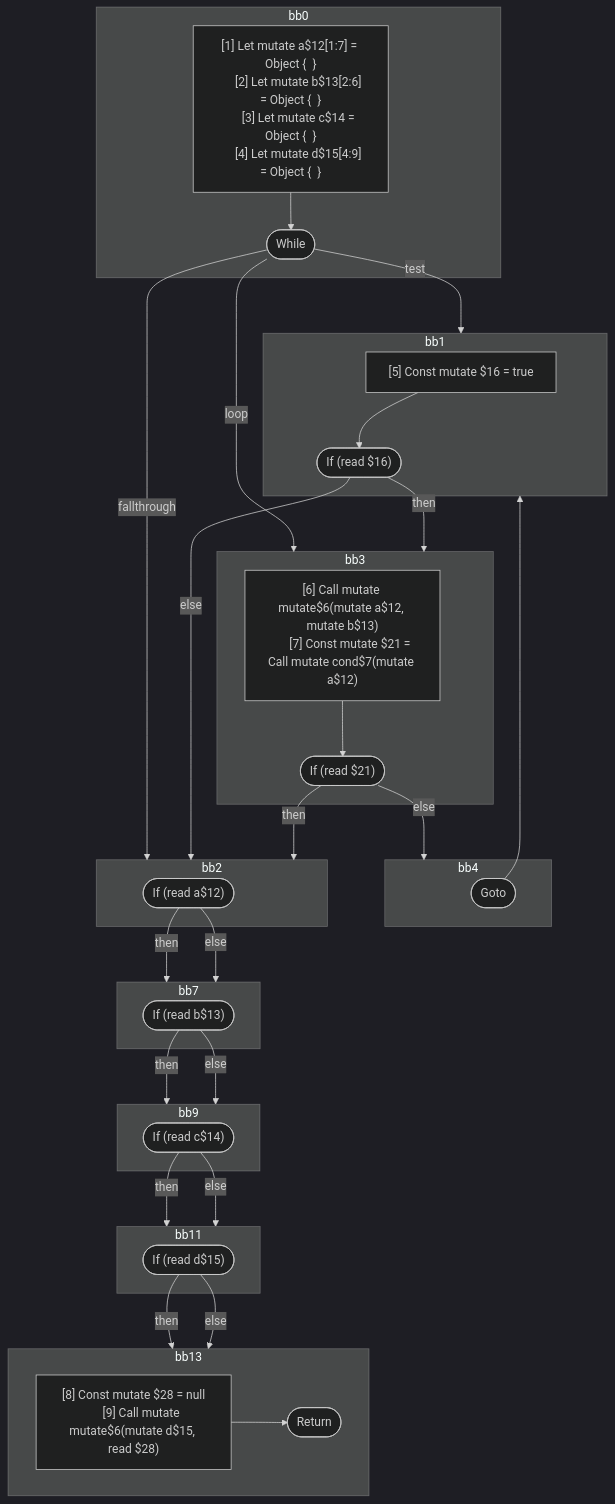
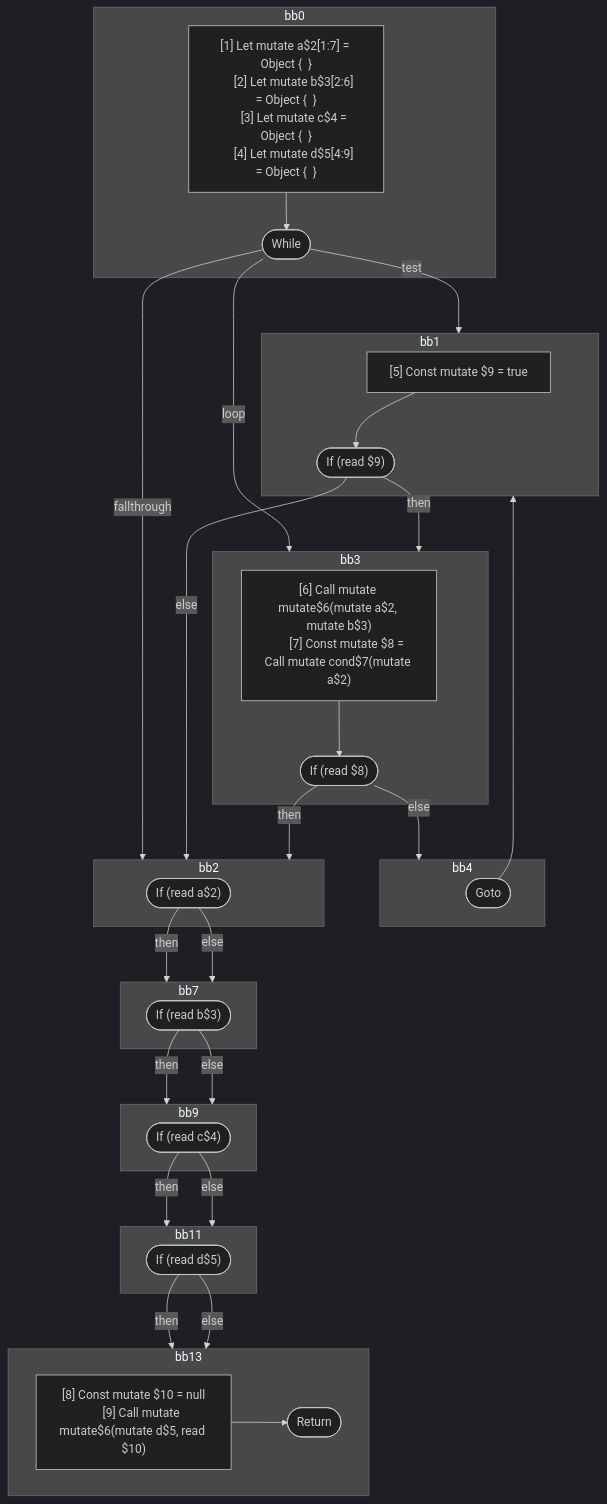
The third of 3 diagrams in compiler/forget/src/__tests__/fixtures/hir/mutable-liverange-loop.expect.md (wutsmog/private), drawn with Mermaid (dark theme) before and after one commit. The commit also changed other lines of this file and 57 other files, not shown here.

````diff
--- a/compiler/forget/src/__tests__/fixtures/hir/mutable-liverange-loop.expect.md
+++ b/compiler/forget/src/__tests__/fixtures/hir/mutable-liverange-loop.expect.md
@@ -135,67 +135,67 @@
 ```mermaid
 flowchart TB
   %% Basic Blocks
   subgraph bb0
     bb0_instrs["
-      [1] Let mutate a$12[1:7] = Object {  }
-      [2] Let mutate b$13[2:6] = Object {  }
-      [3] Let mutate c$14 = Object {  }
-      [4] Let mutate d$15[4:9] = Object {  }
+      [1] Let mutate a$2[1:7] = Object {  }
+      [2] Let mutate b$3[2:6] = Object {  }
+      [3] Let mutate c$4 = Object {  }
+      [4] Let mutate d$5[4:9] = Object {  }
     "]
     bb0_instrs --> bb0_terminal(["While"])
   end
   subgraph bb1
     bb1_instrs["
-      [5] Const mutate $16 = true
+      [5] Const mutate $9 = true
     "]
-    bb1_instrs --> bb1_terminal(["If (read $16)"])
+    bb1_instrs --> bb1_terminal(["If (read $9)"])
   end
   subgraph bb3
     bb3_instrs["
-      [6] Call mutate mutate$6(mutate a$12, mutate b$13)
-      [7] Const mutate $21 = Call mutate cond$7(mutate a$12)
+      [6] Call mutate mutate$6(mutate a$2, mutate b$3)
+      [7] Const mutate $8 = Call mutate cond$7(mutate a$2)
     "]
-    bb3_instrs --> bb3_terminal(["If (read $21)"])
+    bb3_instrs --> bb3_terminal(["If (read $8)"])
   end
   subgraph bb4
     bb4_terminal(["Goto"])
   end
   subgraph bb2
-    bb2_terminal(["If (read a$12)"])
+    bb2_terminal(["If (read a$2)"])
   end
   subgraph bb7
-    bb7_terminal(["If (read b$13)"])
+    bb7_terminal(["If (read b$3)"])
   end
   subgraph bb9
-    bb9_terminal(["If (read c$14)"])
+    bb9_terminal(["If (read c$4)"])
   end
   subgraph bb11
-    bb11_terminal(["If (read d$15)"])
+    bb11_terminal(["If (read d$5)"])
   end
   subgraph bb13
     bb13_instrs["
-      [8] Const mutate $28 = null
-      [9] Call mutate mutate$6(mutate d$15, read $28)
+      [8] Const mutate $10 = null
+      [9] Call mutate mutate$6(mutate d$5, read $10)
     "]
     bb13_instrs --> bb13_terminal(["Return"])
   end
 
   %% Jumps
   bb0_terminal -- test --> bb1
   bb0_terminal -- loop --> bb3
   bb0_terminal -- fallthrough --> bb2
   bb1_terminal -- then --> bb3
   bb1_terminal -- else --> bb2
   bb3_terminal -- then --> bb2
   bb3_terminal -- else --> bb4
   bb4_terminal --> bb1
   bb2_terminal -- then --> bb7
   bb2_terminal -- else --> bb7
   bb7_terminal -- then --> bb9
   bb7_terminal -- else --> bb9
   bb9_terminal -- then --> bb11
   bb9_terminal -- else --> bb11
   bb11_terminal -- then --> bb13
   bb11_terminal -- else --> bb13
 
 ```
````
